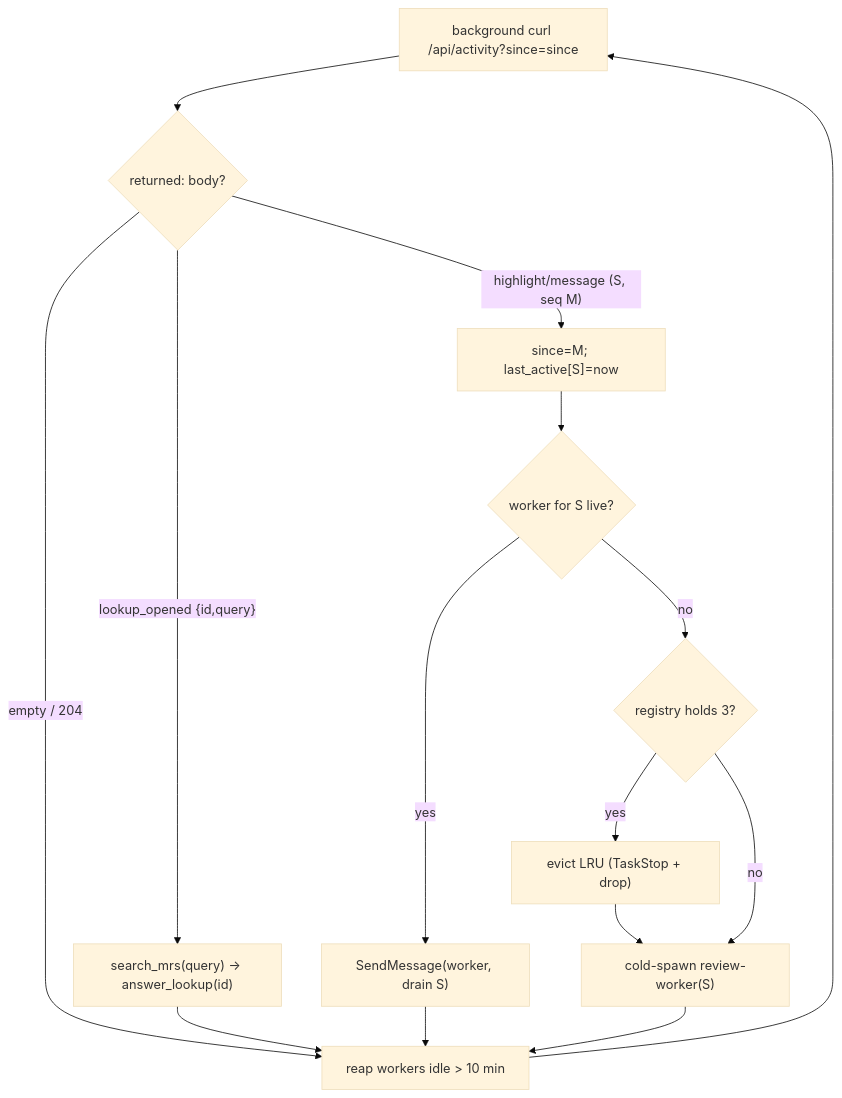
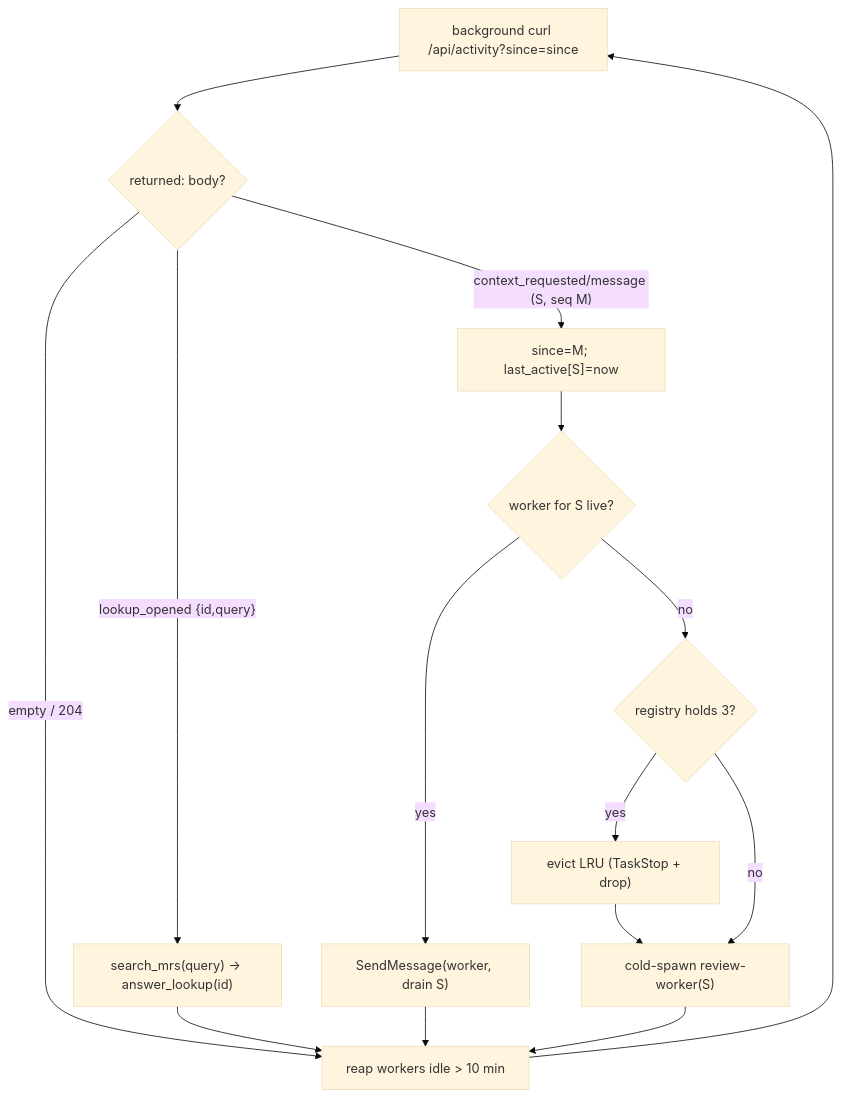
Before and after one commit to Joacchim/review-mate-prototype: the diagram in .claude/skills/review-fleet/SKILL.md, drawn with Mermaid (base theme). The commit also changed other lines of this file and 12 other files, not shown here.

First line of the commit message:
feat(tiered-context): agent card on explicit request, not per-highlight (D21)

````diff
--- a/.claude/skills/review-fleet/SKILL.md
+++ b/.claude/skills/review-fleet/SKILL.md
@@ -54,13 +56,13 @@
 ```mermaid
 flowchart TD
   L["background curl /api/activity?since=since"] --> R{"returned: body?"}
   R -->|"empty / 204"| R3
   R -->|"lookup_opened {id,query}"| LK["search_mrs(query) → answer_lookup(id)"] --> R3
-  R -->|"highlight/message (S, seq M)"| SET["since=M; last_active[S]=now"] --> LIVE{"worker for S live?"}
+  R -->|"context_requested/message (S, seq M)"| SET["since=M; last_active[S]=now"] --> LIVE{"worker for S live?"}
   LIVE -->|yes| RES["SendMessage(worker, drain S)"] --> R3
   LIVE -->|no| FULL{"registry holds 3?"}
   FULL -->|yes| EV["evict LRU (TaskStop + drop)"] --> SP
   FULL -->|no| SP["cold-spawn review-worker(S)"]
   SP --> R3["reap workers idle > 10 min"]
   R3 --> L
 ```
````
